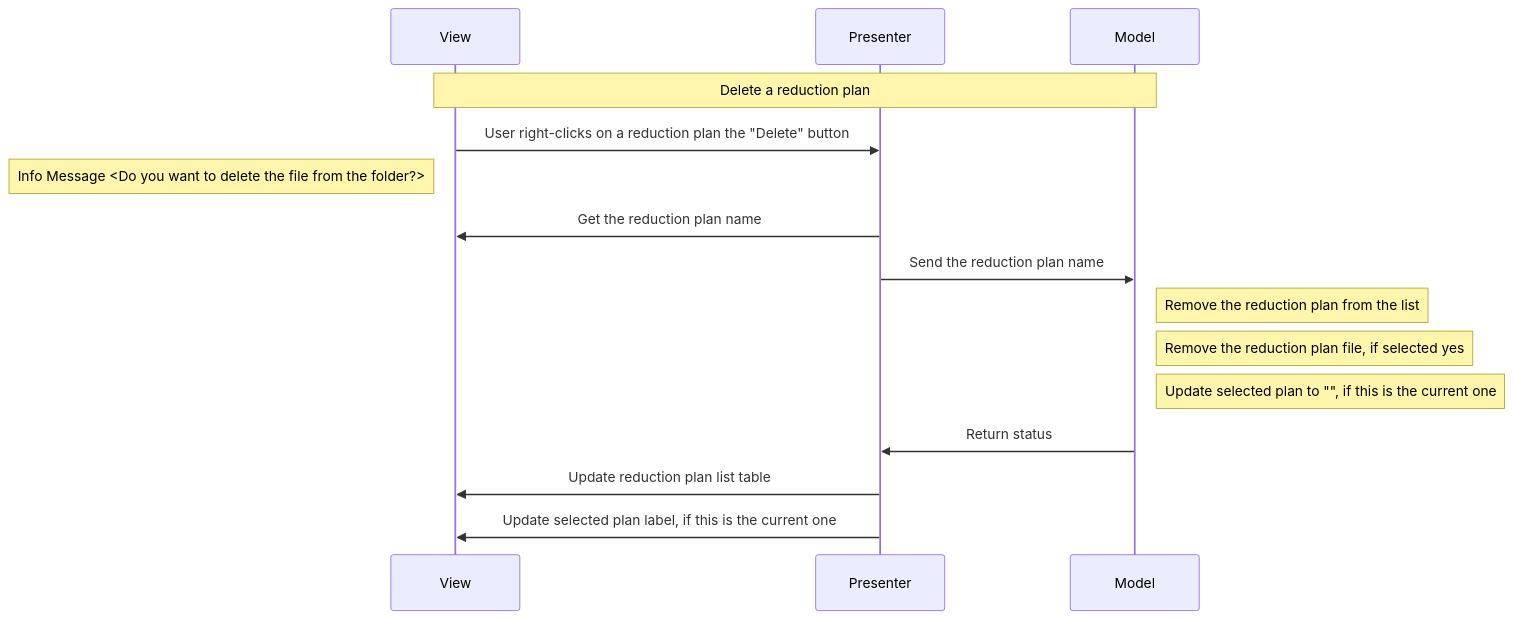
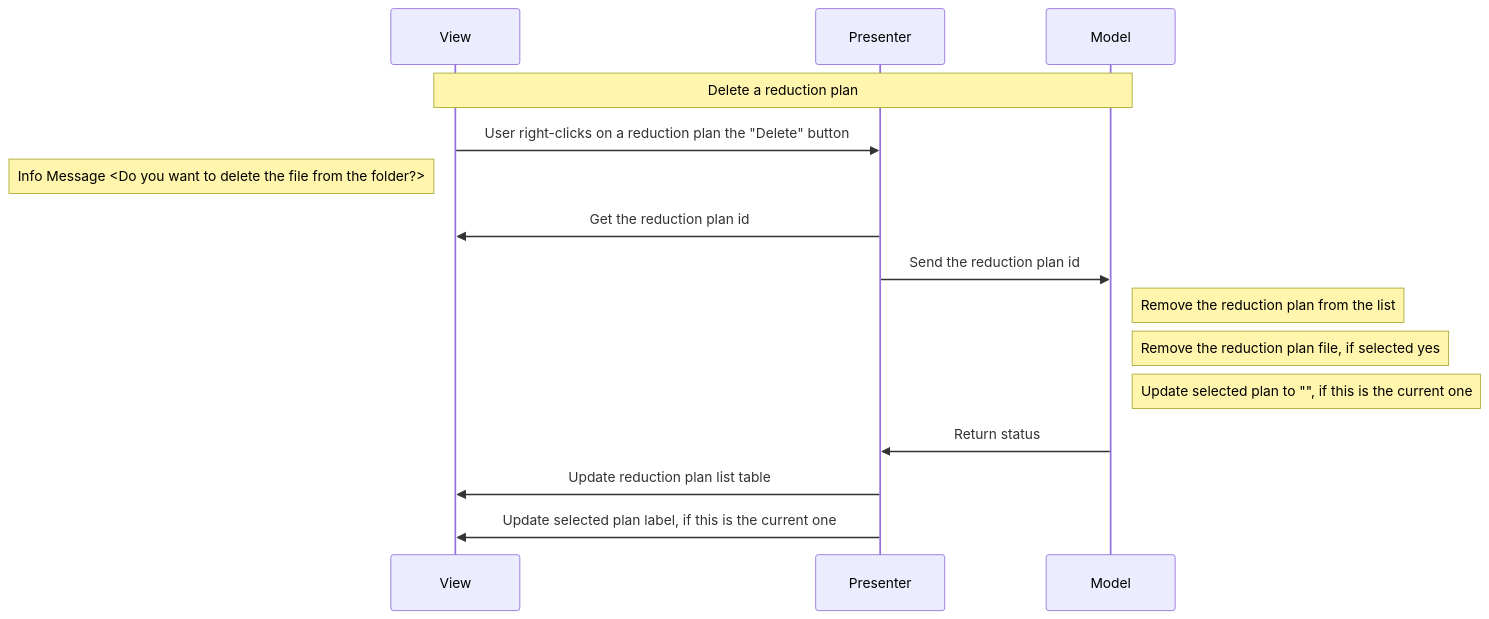
Before and after one commit to neutrons/garnet: diagram 11 of 14 in docs/source/design/reduction_plan_mvp.rst, drawn with Mermaid. The commit also changed other lines of this file and 1 other file, not shown here.

Commit message:
unique identifier for reduction plan model, functionality updated, filepath exposed

```diff
--- a/docs/source/design/reduction_plan_mvp.rst
+++ b/docs/source/design/reduction_plan_mvp.rst
@@ -454,18 +504,18 @@
     .. mermaid::
 
         sequenceDiagram
             participant View
             participant Presenter
             participant Model
 
             Note over View,Model: Delete a reduction plan
             View->>Presenter: User right-clicks on a reduction plan the "Delete" button
             Note left of View: Info Message <Do you want to delete the file from the folder?>
-            Presenter->>View: Get the reduction plan name
-            Presenter->>Model: Send the reduction plan name
+            Presenter->>View: Get the reduction plan id
+            Presenter->>Model: Send the reduction plan id
             Note right of Model: Remove the reduction plan from the list
             Note right of Model: Remove the reduction plan file, if selected yes
             Note right of Model: Update selected plan to "", if this is the current one
             Model->> Presenter: Return status
             Presenter->>View: Update reduction plan list table
             Presenter->> View: Update selected plan label, if this is the current one
```
